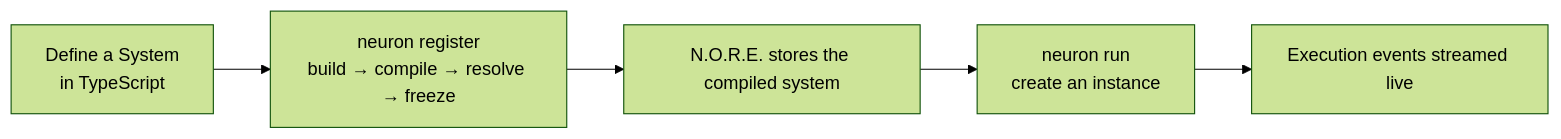
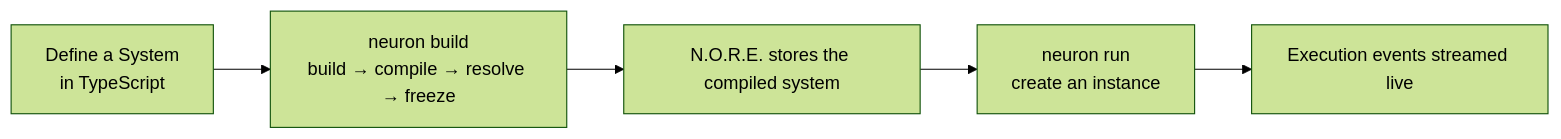
Before and after one commit to Muhammad-Jay/neuron: the first of 2 diagrams in docs/GETTING_STARTED.md, drawn with Mermaid (forest theme). The commit also changed other lines of this file and 12 other files, not shown here.

Commit message:
docs(cli): migrate to neuron build, fix daemon/init lifecycle docs, SDK built-in executor default

````diff
--- a/docs/GETTING_STARTED.md
+++ b/docs/GETTING_STARTED.md
@@ -5,7 +5,7 @@
 ```mermaid
 flowchart LR
-    A[Define a System<br/>in TypeScript] --> B[neuron register<br/>build → compile → resolve → freeze]
+    A[Define a System<br/>in TypeScript] --> B[neuron build<br/>build → compile → resolve → freeze]
     B --> C[N.O.R.E. stores the compiled system]
     C --> D[neuron run<br/>create an instance]
     D --> E[Execution events streamed live]
 ```
````
